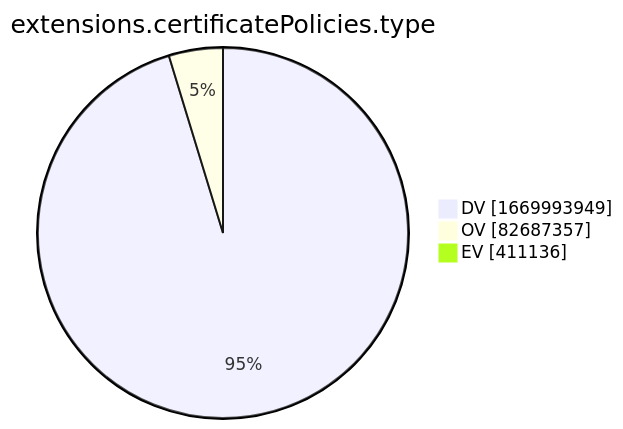
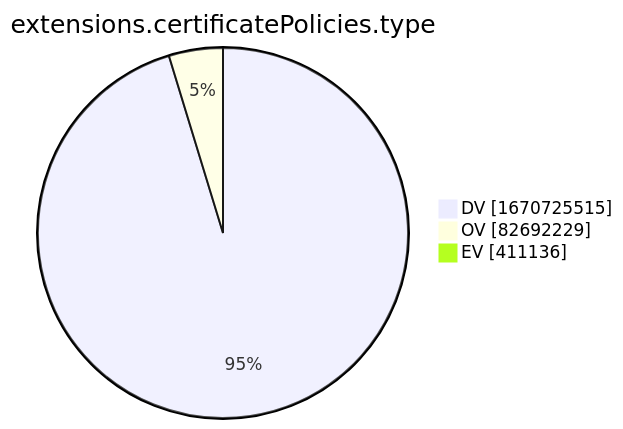
The tenth of 15 diagrams in xenon2022/README.md (christiankrug/ctmonitor_visualization), drawn with Mermaid before and after one commit. The commit also changed other lines of this file, not shown here.

````diff
--- a/xenon2022/README.md
+++ b/xenon2022/README.md
@@ -2880,7 +2880,7 @@
 ```mermaid
 pie showData
 title extensions.certificatePolicies.type
-"DV" :1669993949
-"OV" :82687357
+"DV" :1670725515
+"OV" :82692229
 "EV" :411136
 ```
````
